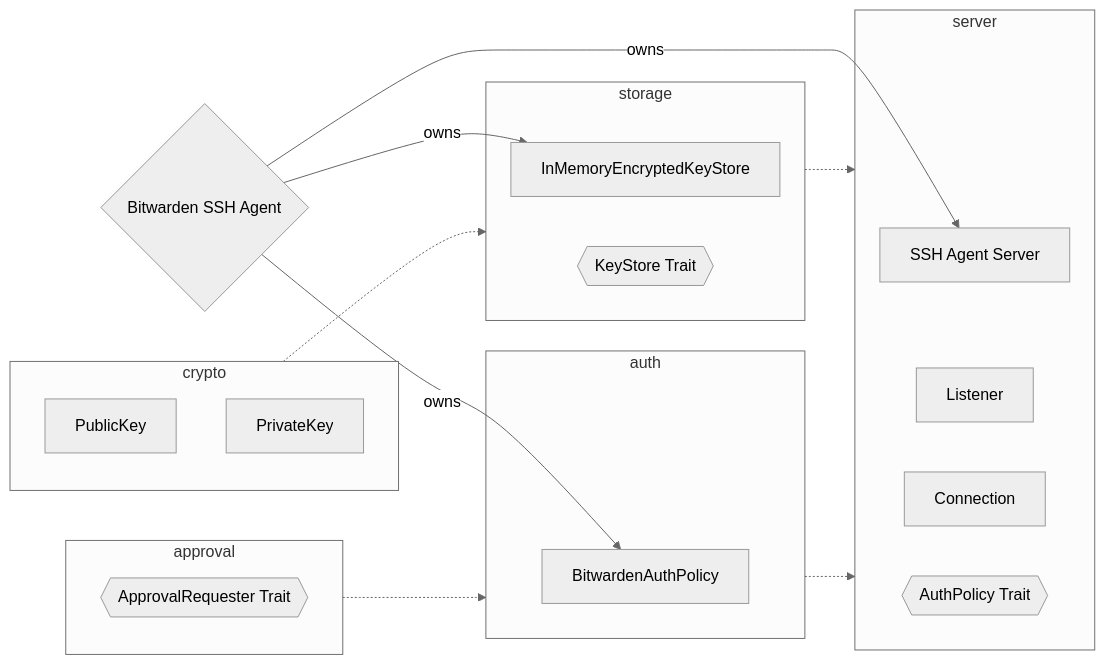
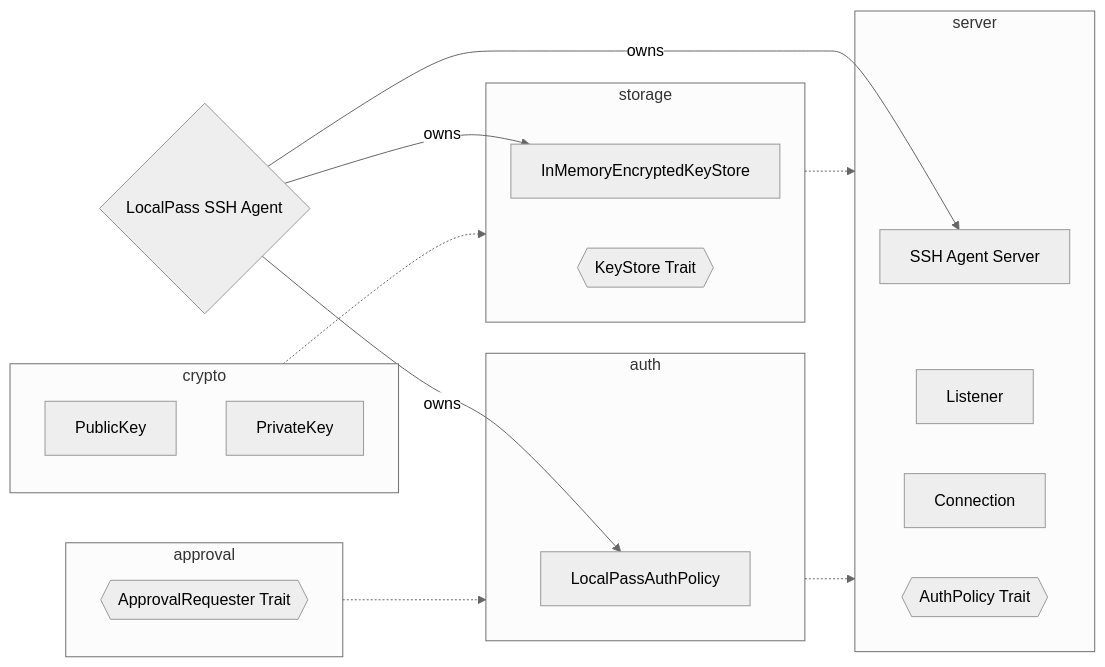
One commit to xieboss778/LocalPassword changed the third of 3 diagrams in apps/desktop/desktop_native/ssh_agent/README.md. Above: the diagram before and after it, drawn with Mermaid (neutral theme). The commit also changed other lines of this file and 3480 other files, not shown here.

Commit message:
chore: 全局改名 LocalPassword → LocalPass（包作用域、标识符、文档、迁移脚本与语言包）

````diff
--- a/apps/desktop/desktop_native/ssh_agent/README.md
+++ b/apps/desktop/desktop_native/ssh_agent/README.md
@@ -88,39 +88,39 @@
 ```mermaid
   flowchart LR
 
       subgraph crypto
           PubKey[PublicKey]
           PrivKey[PrivateKey]
       end
 
-      BWAgent{Bitwarden SSH Agent}
+      BWAgent{LocalPass SSH Agent}
 
       subgraph approval
           ApprovalTrait{{ApprovalRequester Trait}}
       end
 
       subgraph storage
           KeyStore[InMemoryEncryptedKeyStore]
           KeyStoreTrait{{KeyStore Trait}}
       end
 
       subgraph auth
-          BWAuthPolicy[BitwardenAuthPolicy]
+          BWAuthPolicy[LocalPassAuthPolicy]
       end
 
       subgraph server
           SSHServer[SSH Agent Server]
           Listener[Listener]
           Connection[Connection]
           AuthPolicyTrait{{AuthPolicy Trait}}
       end
 
       BWAgent -->|owns| KeyStore
       BWAgent -->|owns| BWAuthPolicy
       BWAgent -->|owns| SSHServer
 
       crypto -.-> storage
       approval -.-> auth
       storage -.-> server
       auth -.-> server
 ```
````
